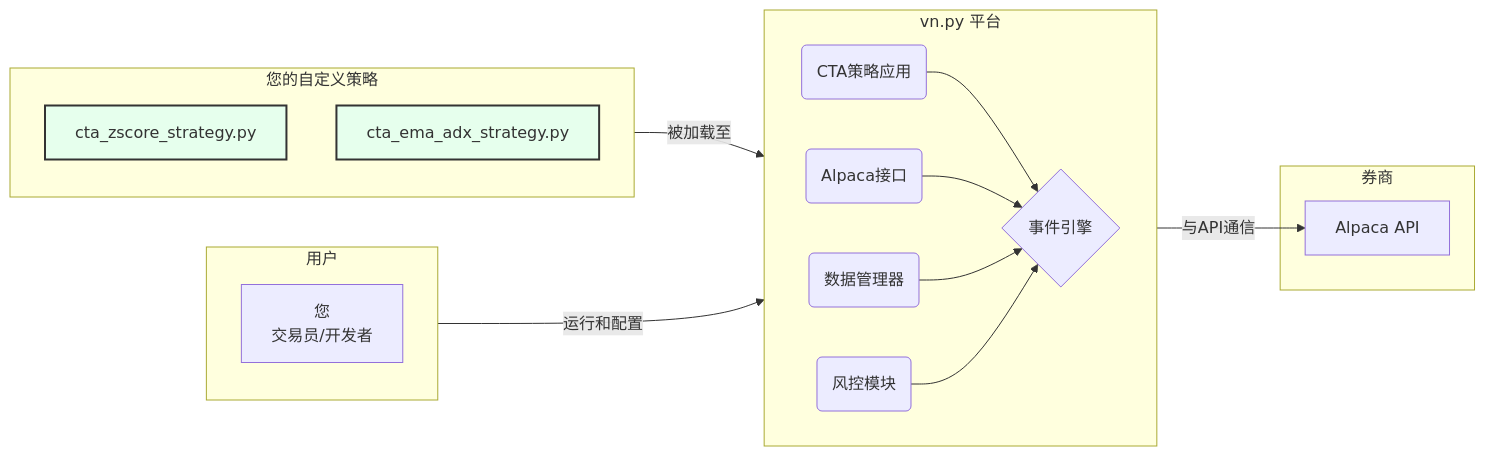
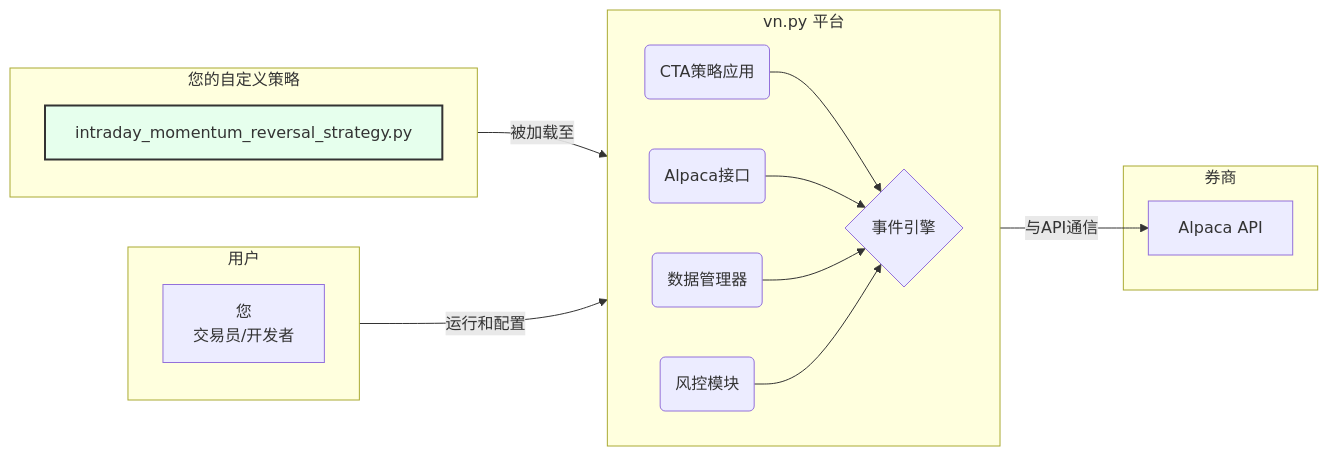
Before and after one commit to runchengxie/vnpy-trading-framework: the diagram in README.md, drawn with Mermaid. The commit also changed other lines of this file and 1 other file, not shown here.

First line of the commit message:
docs: update README with improved formatting and strategy details

````diff
--- a/README.md
+++ b/README.md
@@ -51,31 +55,30 @@
 ```mermaid
 flowchart LR
     subgraph 用户
         direction TB
         A[您<br>交易员/开发者]
     end
 
     subgraph vn_py_平台 ["vn.py 平台"]
         direction LR
         B(CTA策略应用) --> C{事件引擎};
         D(Alpaca接口) --> C;
         E(数据管理器) --> C;
         F(风控模块) --> C;
     end
     
     subgraph 自定义策略 [您的自定义策略]
-        G[cta_zscore_strategy.py]
-        H[cta_ema_adx_strategy.py]
+        G[intraday_momentum_reversal_strategy.py]
     end
 
     subgraph 券商
         I[Alpaca API]
     end
 
     A -- "运行和配置" --> vn_py_平台;
     自定义策略 -- "被加载至" --> B;
     D -- "与API通信" --> I;
     
     classDef yourcode fill:#e6ffed,stroke:#333,stroke-width:2px;
-    class G,H yourcode
+    class G yourcode
 ```
````
